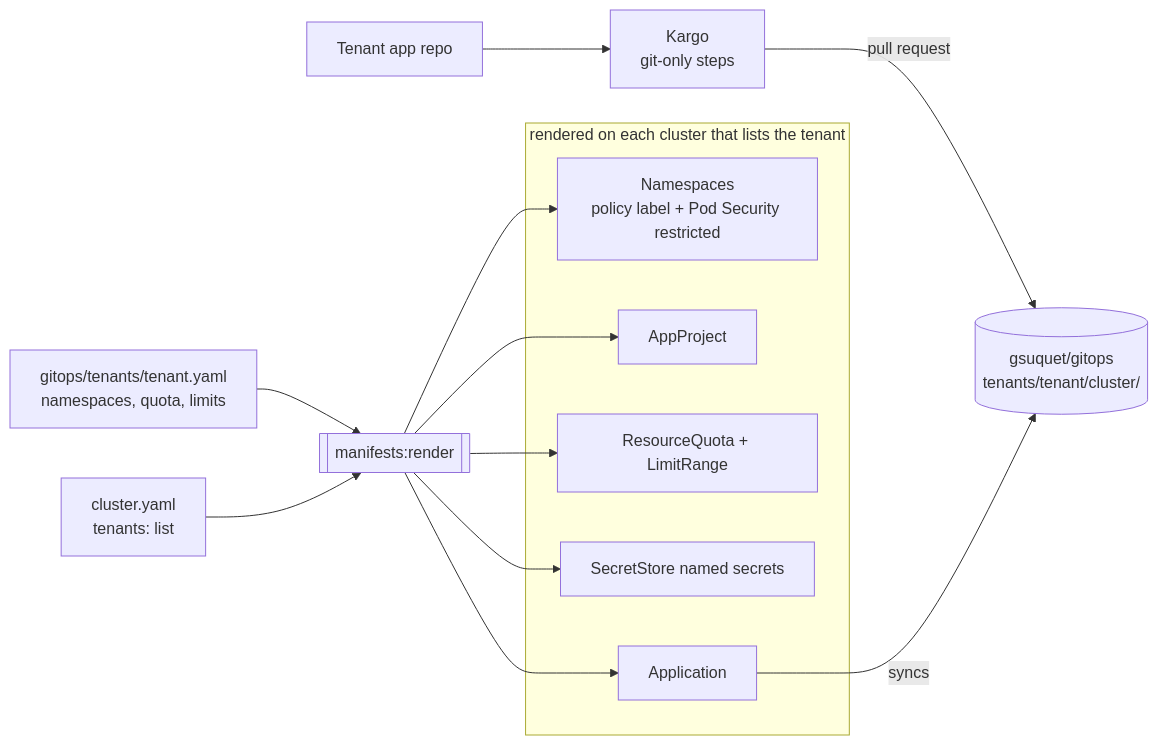
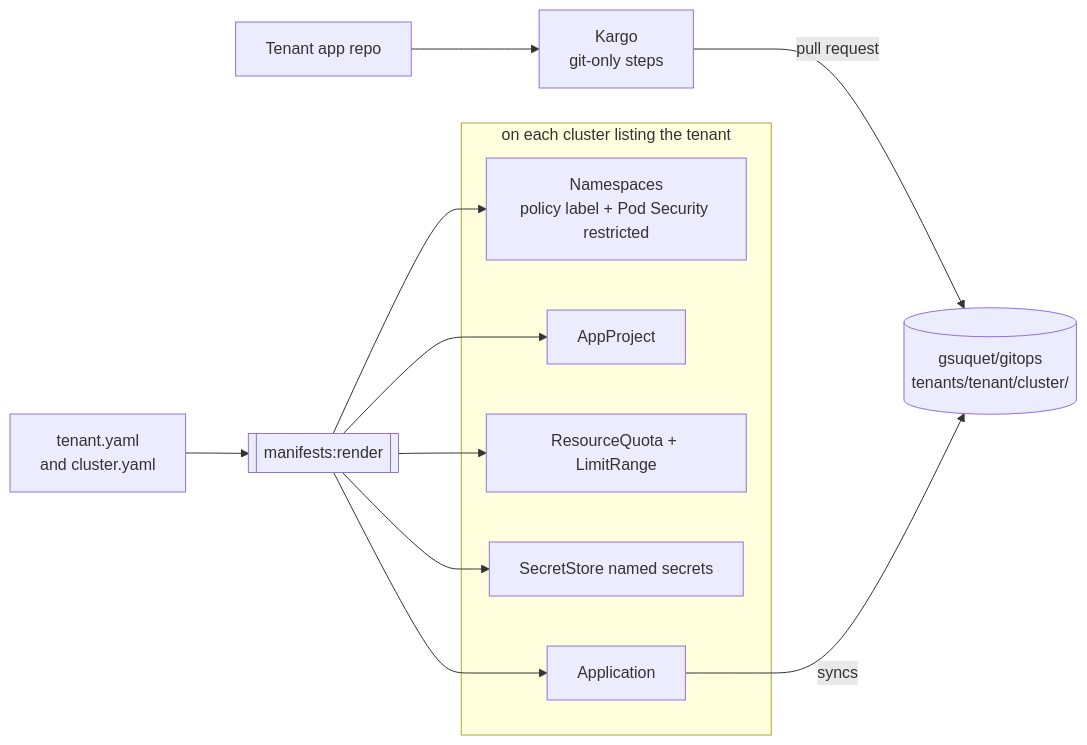
The first of 2 diagrams in docs/concepts/tenant-isolation.md (gsuquet/infra), drawn with Mermaid before and after one commit. The commit also changed other lines of this file and 16 other files, not shown here.

````diff
--- a/docs/concepts/tenant-isolation.md
+++ b/docs/concepts/tenant-isolation.md
@@ -10,22 +10,20 @@
 ```mermaid
 flowchart LR
-    tfile[gitops/tenants/tenant.yaml<br/>namespaces, quota, limits]
-    cy[cluster.yaml<br/>tenants: list]
+    src[tenant.yaml<br/>and cluster.yaml]
     render[[manifests:render]]
-    subgraph rendered[rendered on each cluster that lists the tenant]
+    subgraph rendered[on each cluster listing the tenant]
         ns[Namespaces<br/>policy label + Pod Security restricted]
         ap[AppProject]
         q[ResourceQuota + LimitRange]
         ss[SecretStore named secrets]
         app[Application]
     end
     gitops[(gsuquet/gitops<br/>tenants/tenant/cluster/)]
     kargo[Kargo<br/>git-only steps]
     code[Tenant app repo]
 
-    tfile --> render
-    cy --> render
+    src --> render
     render --> ns & ap & q & ss & app
     code --> kargo -->|pull request| gitops
     app -->|syncs| gitops
 ```
````
